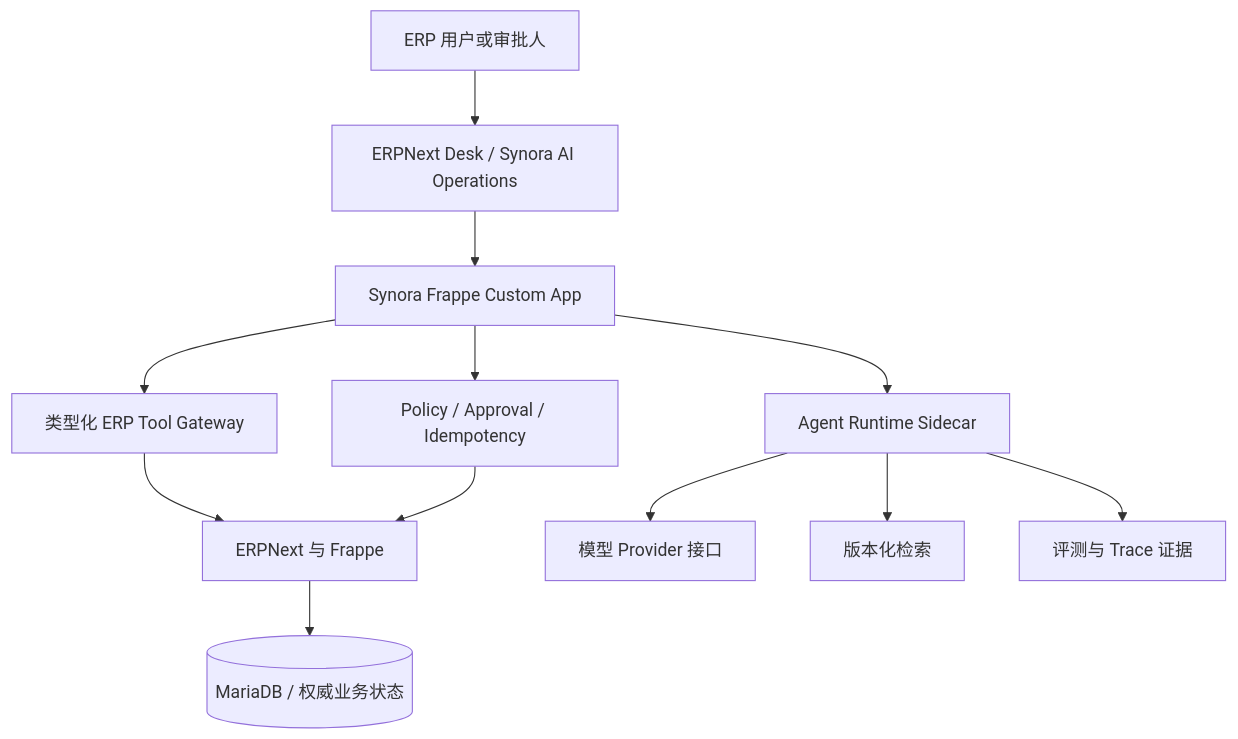
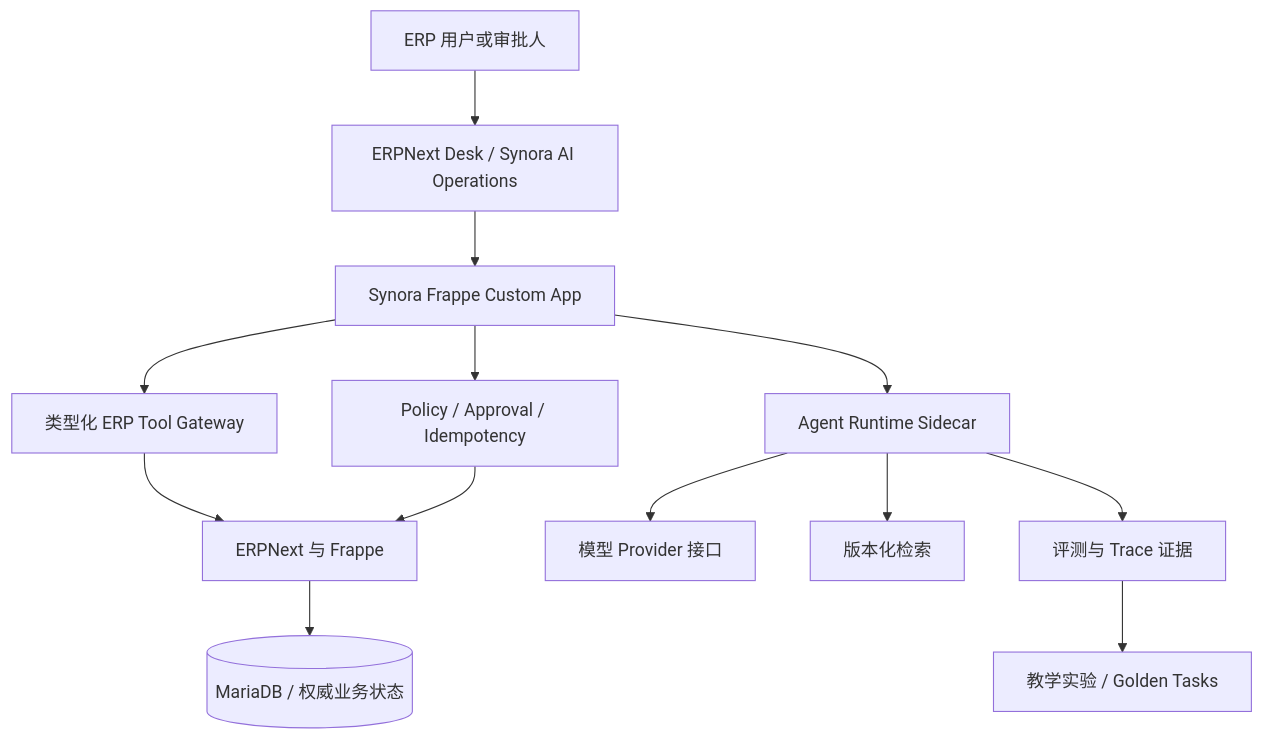
The first of 3 diagrams in README.zh-CN.md (atlax-tech/Synora-Agentic-ERP), drawn with Mermaid before and after one commit. The commit also changed other lines of this file and 21 other files, not shown here.

````diff
--- a/README.zh-CN.md
+++ b/README.zh-CN.md
@@ -108,14 +110,15 @@
 ```mermaid
 flowchart TD
     User[ERP 用户或审批人] --> Desk[ERPNext Desk / Synora AI Operations]
     Desk --> App[Synora Frappe Custom App]
     App --> Gateway[类型化 ERP Tool Gateway]
     App --> Governance[Policy / Approval / Idempotency]
     Gateway --> ERP[ERPNext 与 Frappe]
     Governance --> ERP
     App --> Runtime[Agent Runtime Sidecar]
     Runtime --> Model[模型 Provider 接口]
     Runtime --> Retrieval[版本化检索]
     Runtime --> Eval[评测与 Trace 证据]
+    Eval --> Labs[教学实验 / Golden Tasks]
     ERP --> Database[(MariaDB / 权威业务状态)]
 ```
````
